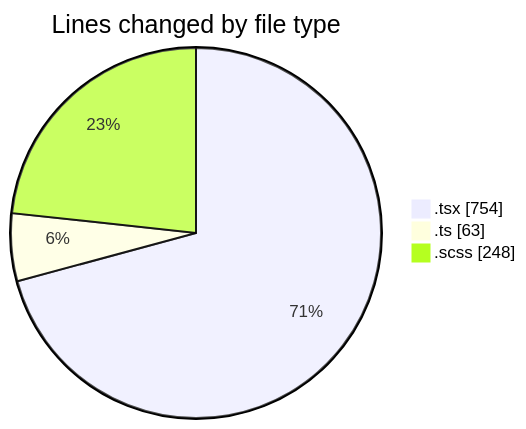
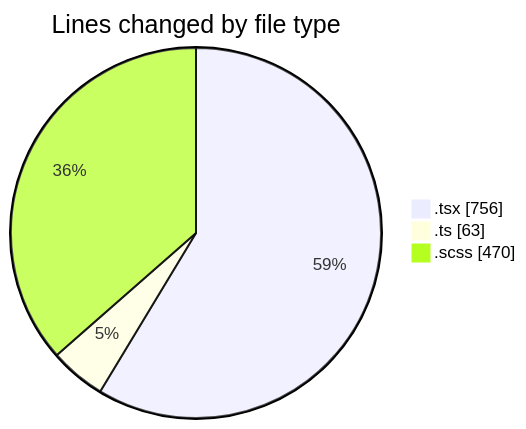
The first of 2 diagrams in 2025-04-02/cda/README.md (momahboobian/code-tracking), drawn with Mermaid before and after one commit. The commit also changed other lines of this file and 1 other file, not shown here.

````diff
--- a/2025-04-02/cda/README.md
+++ b/2025-04-02/cda/README.md
@@ -25,7 +26,7 @@
 ```mermaid
 pie showData
 title Lines changed by file type
-".tsx" : 754
+".tsx" : 756
 ".ts" : 63
-".scss" : 248
+".scss" : 470
 ```
````
